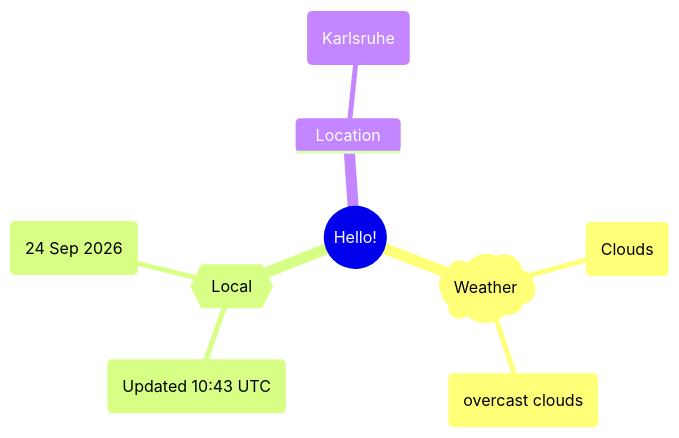
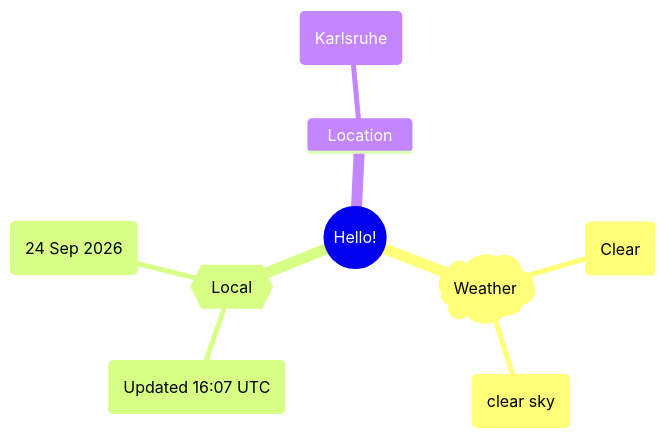
Before and after one commit to Xosrov/Xosrov: the first of 2 diagrams in README.md, drawn with Mermaid.

Commit message:
[bot] updated images

````diff
--- a/README.md
+++ b/README.md
@@ -3,12 +3,12 @@
 ```mermaid
 mindmap
   root((Hello!))
     )Weather(
-        (Clouds)
-        (overcast clouds)
+        (Clear)
+        (clear sky)
     {{Local}}
-        (Updated 10:43 UTC)
+        (Updated 16:07 UTC)
         (24 Sep 2026)
     Location
         (Karlsruhe)
 ```
````
